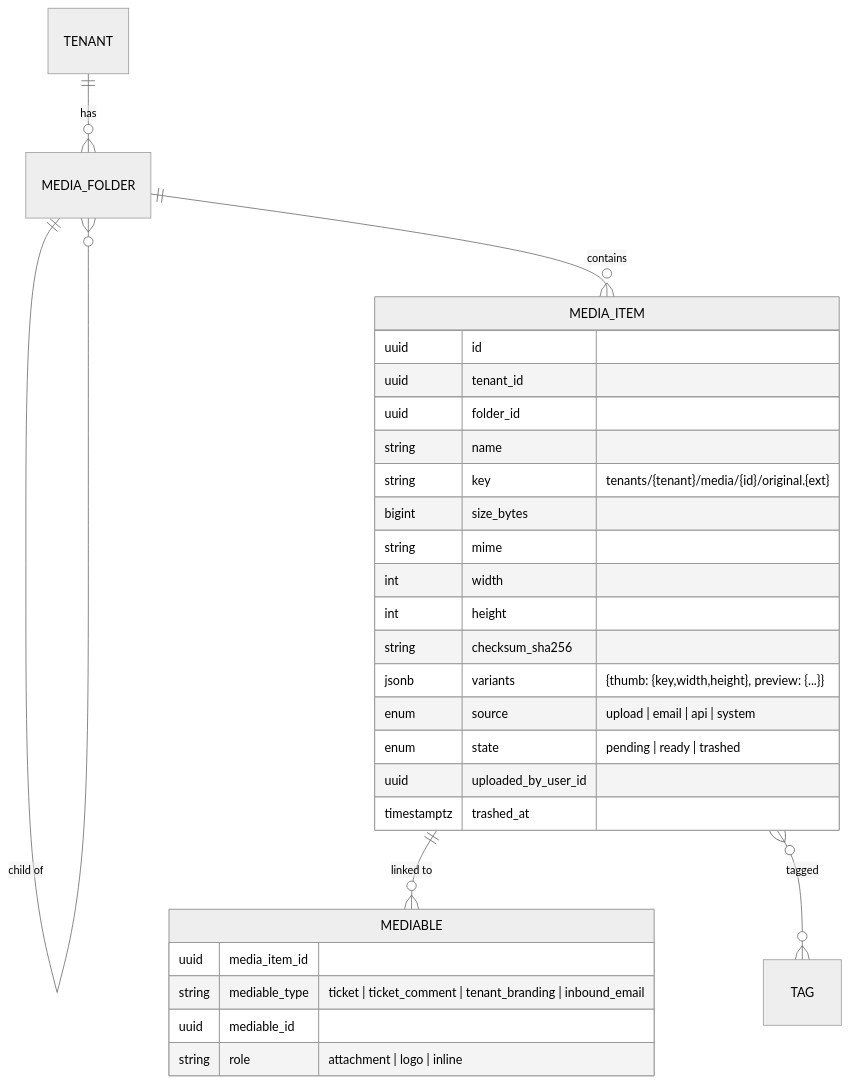
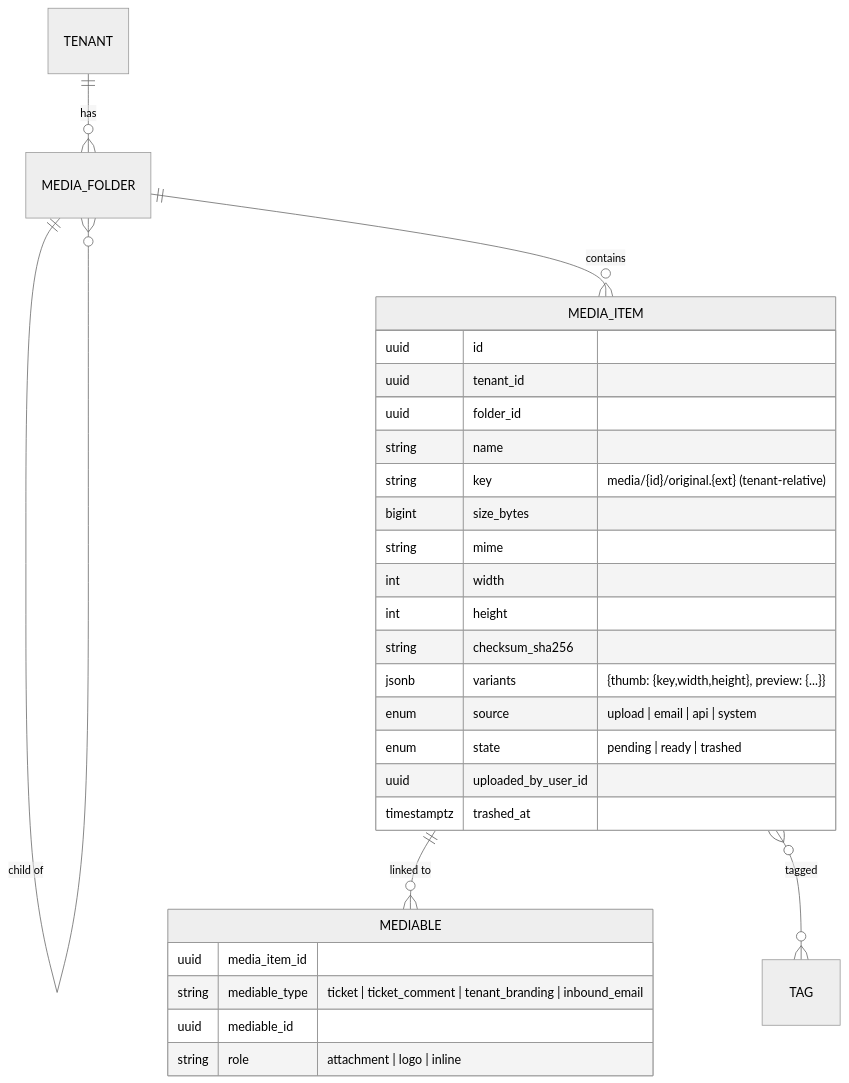
The diagram in docs/04-domain/media.md (Sbh321/smart-helpdesk), drawn with Mermaid (neutral theme) before and after one commit. The commit also changed other lines of this file and 880 other files, not shown here.

````diff
--- a/docs/04-domain/media.md
+++ b/docs/04-domain/media.md
@@ -5,31 +5,31 @@
 ```mermaid
 erDiagram
     TENANT ||--o{ MEDIA_FOLDER : has
     MEDIA_FOLDER ||--o{ MEDIA_FOLDER : "child of"
     MEDIA_FOLDER ||--o{ MEDIA_ITEM : contains
     MEDIA_ITEM ||--o{ MEDIABLE : "linked to"
     MEDIA_ITEM }o--o{ TAG : tagged
     MEDIA_ITEM {
         uuid id
         uuid tenant_id
         uuid folder_id
         string name
-        string key "tenants/{tenant}/media/{id}/original.{ext}"
+        string key "media/{id}/original.{ext} (tenant-relative)"
         bigint size_bytes
         string mime
         int width
         int height
         string checksum_sha256
         jsonb variants "{thumb: {key,width,height}, preview: {...}}"
         enum source "upload | email | api | system"
         enum state "pending | ready | trashed"
         uuid uploaded_by_user_id
         timestamptz trashed_at
     }
     MEDIABLE {
         uuid media_item_id
         string mediable_type "ticket | ticket_comment | tenant_branding | inbound_email"
         uuid mediable_id
         string role "attachment | logo | inline"
     }
 ```
````
